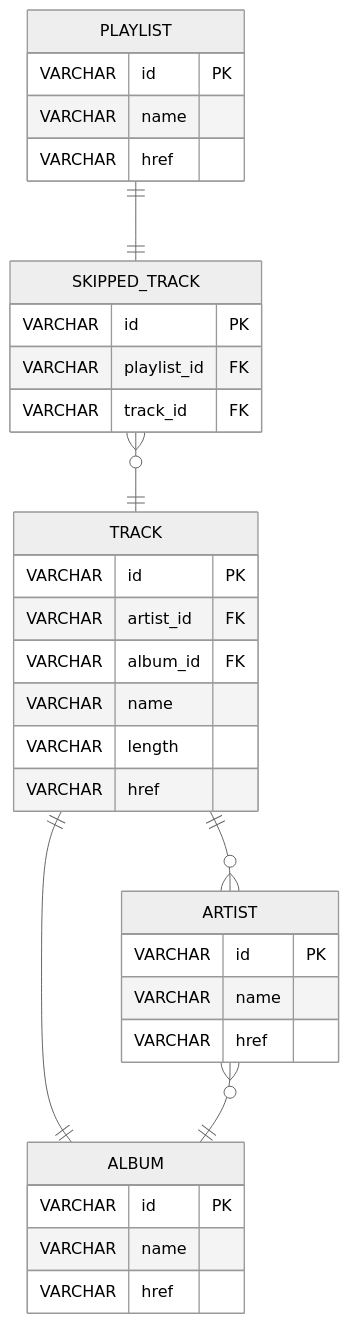
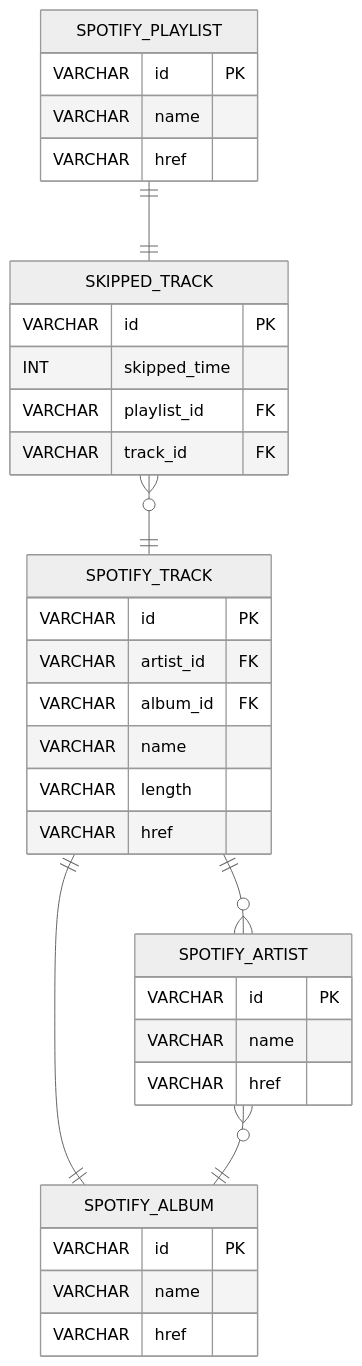
One commit to paulmccarron/spotify-playlist-janitor changed the diagram in docs/entity-relationship-diagram.md. Above: the diagram before and after it, drawn with Mermaid. The commit also changed 3 other files, not shown here.

Commit message:
Updated database schema

````diff
--- a/docs/entity-relationship-diagram.md
+++ b/docs/entity-relationship-diagram.md
@@ -5,38 +5,39 @@
 ``` mermaid
 %%{init: {'theme':'neutral'}}%%
 erDiagram
-    PLAYLIST ||--|| SKIPPED_TRACK : ""
-    SKIPPED_TRACK }o--|| TRACK : ""
-    TRACK ||--o{ ARTIST : ""
-    TRACK ||--|| ALBUM : ""
-    ARTIST }o--|| ALBUM : ""
+    SPOTIFY_PLAYLIST ||--|| SKIPPED_TRACK : ""
+    SKIPPED_TRACK }o--|| SPOTIFY_TRACK : ""
+    SPOTIFY_TRACK ||--o{ SPOTIFY_ARTIST : ""
+    SPOTIFY_TRACK ||--|| SPOTIFY_ALBUM : ""
+    SPOTIFY_ARTIST }o--|| SPOTIFY_ALBUM : ""
 
-    PLAYLIST {
+    SPOTIFY_PLAYLIST {
         VARCHAR id PK
 	    VARCHAR name
         VARCHAR href
     }
     SKIPPED_TRACK {
         VARCHAR id PK
+        INT skipped_time
         VARCHAR playlist_id FK
         VARCHAR track_id FK
     }
-    TRACK {
+    SPOTIFY_TRACK {
         VARCHAR id PK
         VARCHAR artist_id FK
         VARCHAR album_id FK
         VARCHAR name
         VARCHAR length
         VARCHAR href
     }
-    ARTIST {
+    SPOTIFY_ARTIST {
         VARCHAR id PK
         VARCHAR name
         VARCHAR href
     }
-    ALBUM {
+    SPOTIFY_ALBUM {
         VARCHAR id PK
         VARCHAR name
         VARCHAR href
     }
 ```
````
